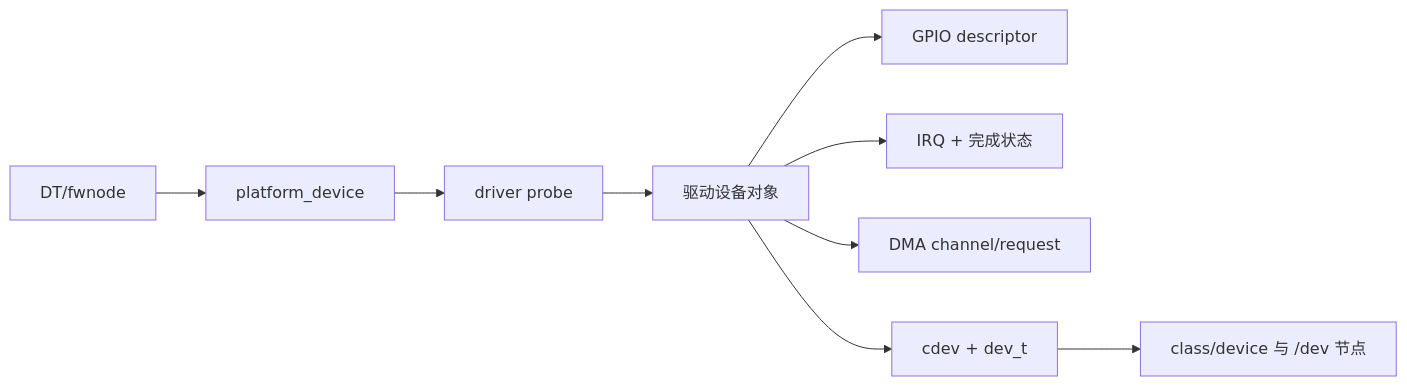
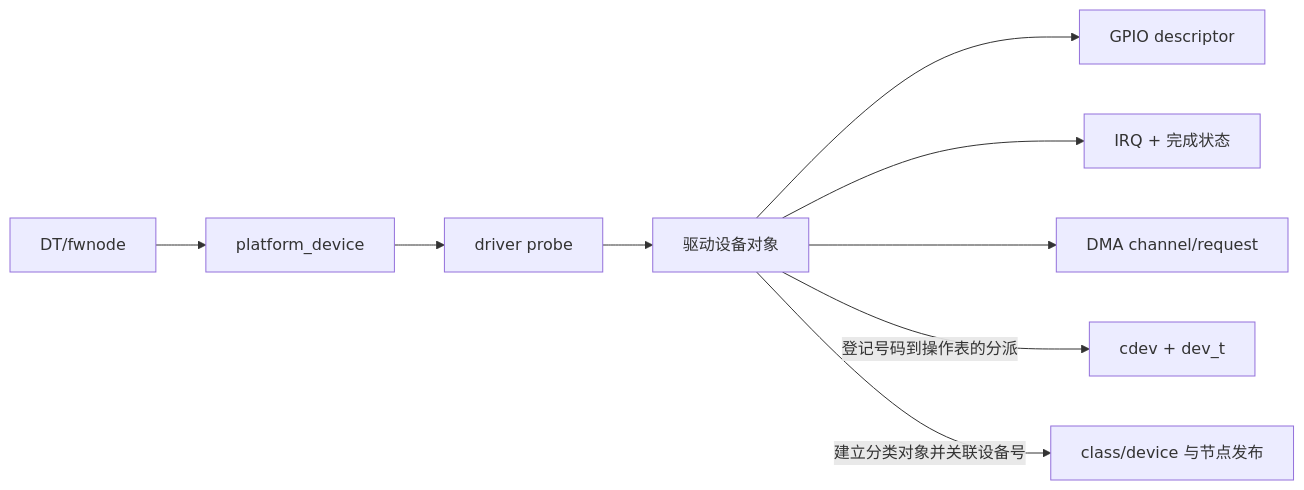
One commit to FormingSystem/linux_note changed the diagram in knowledge/driver_model/character_device/P08_设备模型与硬件子系统交接.md. Above: the diagram before and after it, drawn with Mermaid. The commit also changed other lines of this file and 151 other files, not shown here.

````diff
--- a/knowledge/driver_model/character_device/P08_设备模型与硬件子系统交接.md
+++ b/knowledge/driver_model/character_device/P08_设备模型与硬件子系统交接.md
@@ -15,11 +15,11 @@
 ```mermaid
 flowchart LR
     FW["DT/fwnode"] --> PDEV["platform_device"]
     PDEV --> PROBE["driver probe"]
     PROBE --> DEV["驱动设备对象"]
     DEV --> GPIO["GPIO descriptor"]
     DEV --> IRQ["IRQ + 完成状态"]
     DEV --> DMA["DMA channel/request"]
-    DEV --> CDEV["cdev + dev_t"]
-    CDEV --> NODE["class/device 与 /dev 节点"]
+    DEV -->|"登记号码到操作表的分派"| CDEV["cdev + dev_t"]
+    DEV -->|"建立分类对象并关联设备号"| NODE["class/device 与节点发布"]
 ```
````
